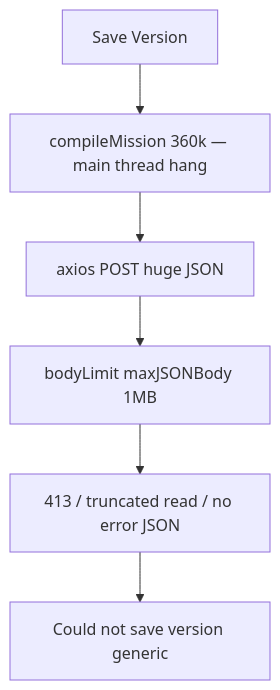
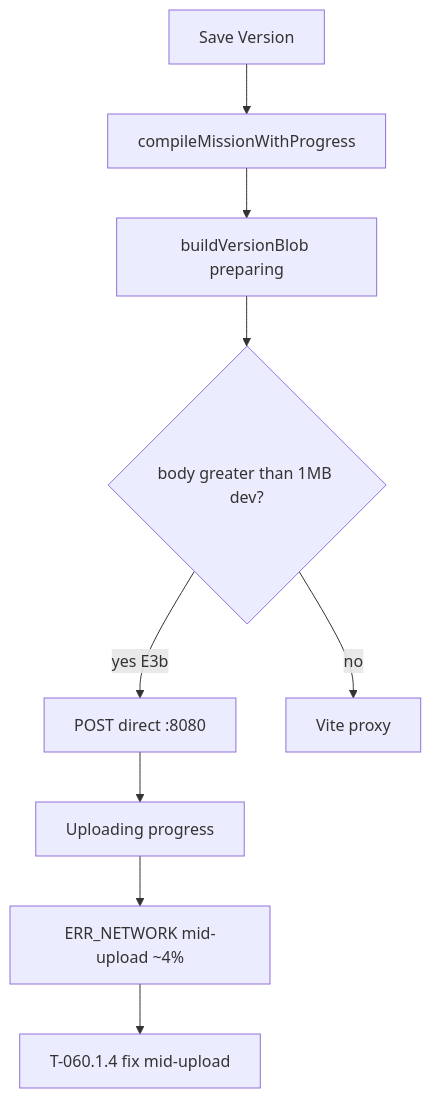
Before and after one commit to darkforce09/TBD_Website: the diagram in Design_Docs/Mission_Creator_Architecture/t060_fast_initial_load.md, drawn with Mermaid. The commit also changed other lines of this file and 39 other files, not shown here.

First line of the commit message:
T-060 Mission Creator — scale load/save @ ~360k (T-060..T-060.1.4)

````diff
--- a/Design_Docs/Mission_Creator_Architecture/t060_fast_initial_load.md
+++ b/Design_Docs/Mission_Creator_Architecture/t060_fast_initial_load.md
@@ -70,8 +78,11 @@
 ```mermaid
 flowchart TD
-  click[Save Version] --> compile[compileMission 360k — main thread hang]
-  compile --> post[axios POST huge JSON]
-  post --> limit[bodyLimit maxJSONBody 1MB]
-  limit --> fail[413 / truncated read / no error JSON]
-  fail --> ui["Could not save version" generic]
+  click[Save Version] --> compile[compileMissionWithProgress]
+  compile --> blob[buildVersionBlob preparing]
+  blob --> bypass{body greater than 1MB dev?}
+  bypass -->|yes E3b| direct[POST direct :8080]
+  bypass -->|no| proxy[Vite proxy]
+  direct --> upload[Uploading progress]
+  upload --> failMid["ERR_NETWORK mid-upload ~4%"]
+  failMid --> t614[T-060.1.4 fix mid-upload]
 ```
````
